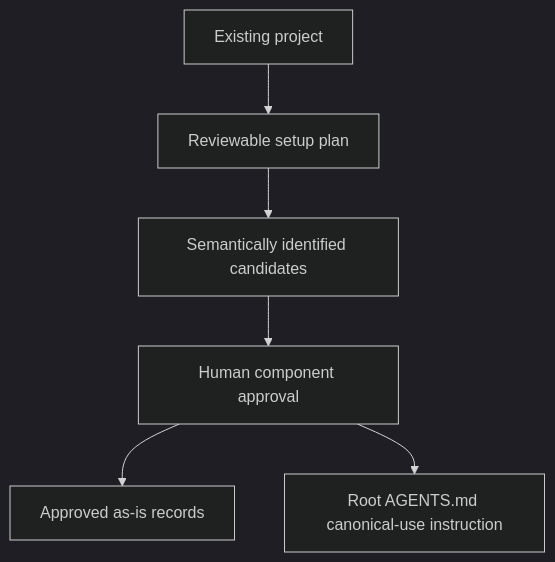
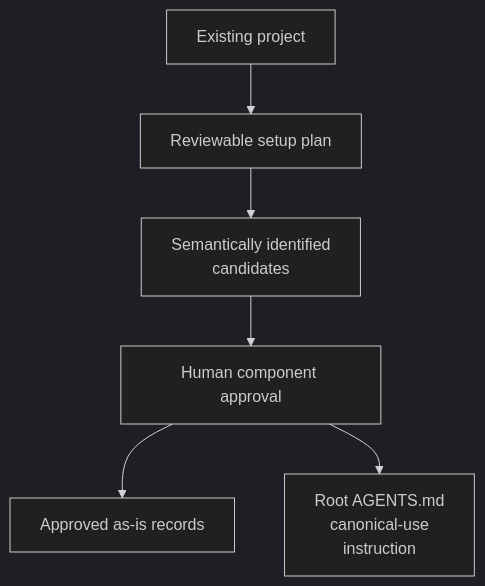
The diagram in skills/as-is-setup/as-is.md (abstract-business-systems/as-is), drawn with Mermaid (dark theme) before and after one commit. The commit also changed 47 other files, not shown here.

Commit message:
docs(diagrams): improve Mermaid readability validation

````diff
--- a/skills/as-is-setup/as-is.md
+++ b/skills/as-is-setup/as-is.md
@@ -18,8 +18,8 @@
 ```mermaid
 flowchart TD
     Project["Existing project"] --> Plan["Reviewable setup plan"]
-    Plan --> Candidates["Semantically identified candidates"]
+    Plan --> Candidates["Semantically identified<br/>candidates"]
     Candidates --> Approval["Human component approval"]
     Approval --> Records["Approved as-is records"]
-    Approval --> Instructions["Root AGENTS.md canonical-use instruction"]
+    Approval --> Instructions["Root AGENTS.md<br/>canonical-use<br/>instruction"]
 ```
````
